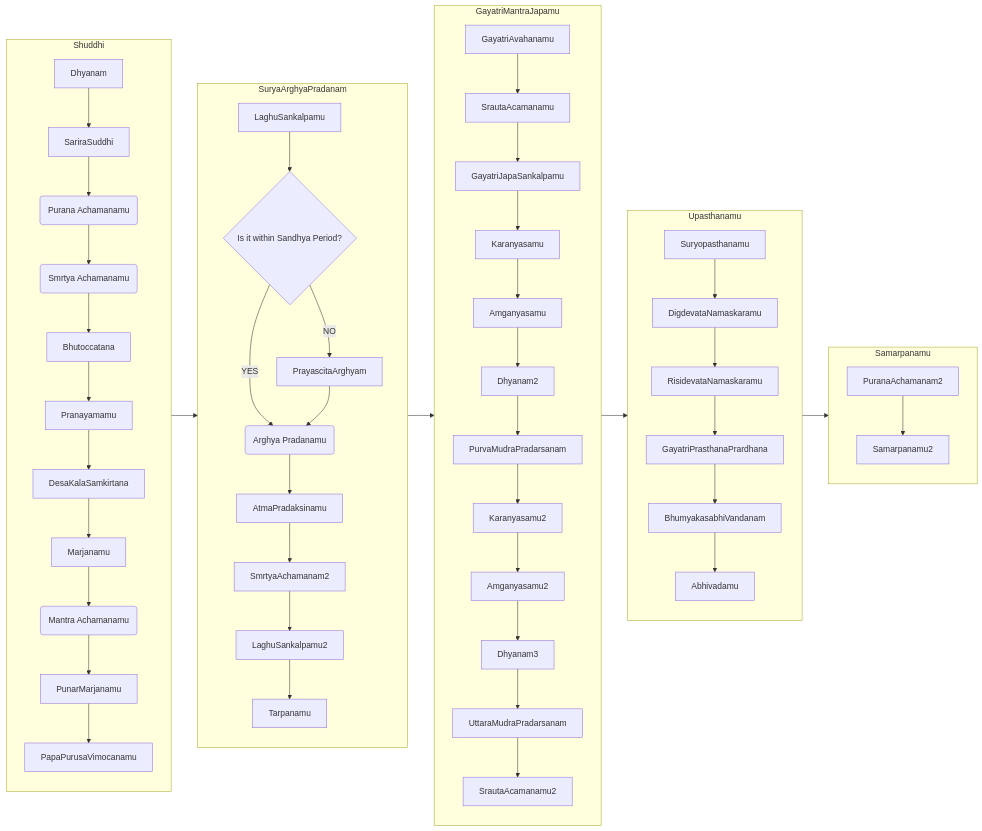
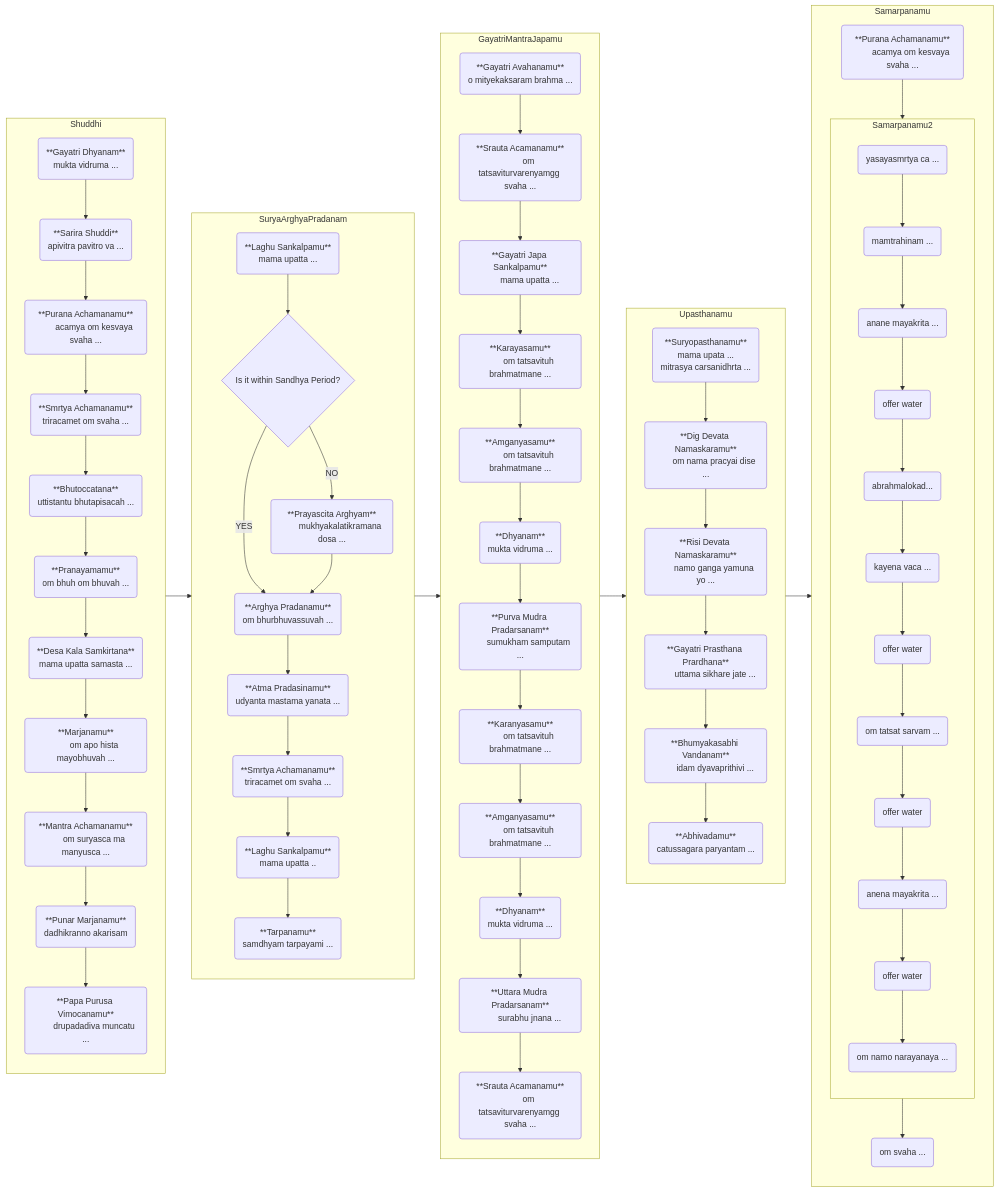
The diagram in pratah_sandhya_process.md (gsiddardha/sandhyavandanam), drawn with Mermaid before and after one commit.

Commit message:
added hints

```diff
--- a/pratah_sandhya_process.md
+++ b/pratah_sandhya_process.md
@@ -5,17 +5,28 @@
     subgraph Shuddhi
         direction TB
 
-        Dhyanam
-        SariraSuddhi
-        PuranaAchamanam(Purana Achamanamu)
-        SmrtyaAchamanam(Smrtya Achamanamu)
-        Bhutoccatana
-        Pranayamamu
-        DesaKalaSamkirtana
-        Marjanamu
-        MamtraAchamanam(Mantra Achamanamu)
-        PunarMarjanamu
-        PapaPurusaVimocanamu
+        Dhyanam(**Gayatri Dhyanam**
+        mukta vidruma ...)
+        SariraSuddhi(**Sarira Shuddi**
+        apivitra pavitro va ...)
+        PuranaAchamanam(**Purana Achamanamu**
+        acamya om kesvaya svaha ...)
+        SmrtyaAchamanam(**Smrtya Achamanamu**
+        triracamet om svaha ...)
+        Bhutoccatana(**Bhutoccatana**
+        uttistantu bhutapisacah ...)
+        Pranayamamu(**Pranayamamu**
+        om bhuh om bhuvah ...)
+        DesaKalaSamkirtana(**Desa Kala Samkirtana**
+        mama upatta samasta ...)
+        Marjanamu(**Marjanamu**
+        om apo hista mayobhuvah ...)
+        MamtraAchamanam(**Mantra Achamanamu**
+        om suryasca ma manyusca ...)
+        PunarMarjanamu(**Punar Marjanamu**
+        dadhikranno akarisam)
+        PapaPurusaVimocanamu(**Papa Purusa Vimocanamu**
+        drupadadiva muncatu ...)
 
         Dhyanam 
             --> SariraSuddhi 
@@ -33,14 +44,21 @@
     subgraph SuryaArghyaPradanam
         direction TB
 
-        LaghuSankalpamu
+        LaghuSankalpamu(**Laghu Sankalpamu**
+        mama upatta ...)
         InCorrectWindow{Is it within Sandhya Period?}
-        PrayascitaArghyam
-        ArghyaPradanam(Arghya Pradanamu)
-        AtmaPradaksinamu
-        SmrtyaAchamanam2
-        LaghuSankalpamu2
-        Tarpanamu
+        PrayascitaArghyam(**Prayascita Arghyam**
+        mukhyakalatikramana dosa ...)
+        ArghyaPradanam(**Arghya Pradanamu**
+        om bhurbhuvassuvah ...)
+        AtmaPradaksinamu(**Atma Pradasinamu**
+        udyanta mastama yanata ...)
+        SmrtyaAchamanam2(**Smrtya Achamanamu**
+        triracamet om svaha ...)
+        LaghuSankalpamu2(**Laghu Sankalpamu**
+        mama upatta ..)
+        Tarpanamu(**Tarpanamu**
+        samdhyam tarpayami ...)
 
         InCorrectWindow --> |YES| ArghyaPradanam
         InCorrectWindow --> |NO| PrayascitaArghyam
@@ -59,18 +77,30 @@
     subgraph GayatriMantraJapamu
         direction TB
 
-        GayatriAvahanamu
-        SrautaAcamanamu
-        GayatriJapaSankalpamu
-        Karanyasamu
-        Amganyasamu
-        Dhyanam2
-        PurvaMudraPradarsanam
-        Karanyasamu2
-        Amganyasamu2
-        Dhyanam3
-        UttaraMudraPradarsanam
-        SrautaAcamanamu2
+        GayatriAvahanamu(**Gayatri Avahanamu**
+        o mityekaksaram brahma ...)
+        SrautaAcamanamu(**Srauta Acamanamu**
+        om tatsaviturvarenyamgg svaha ...)
+        GayatriJapaSankalpamu(**Gayatri Japa Sankalpamu**
+        mama upatta ...)
+        Karanyasamu(**Karayasamu**
+        om tatsavituh brahmatmane ...)
+        Amganyasamu(**Amganyasamu**
+        om tatsavituh brahmatmane ...)
+        Dhyanam2(**Dhyanam**
+        mukta vidruma ...)
+        PurvaMudraPradarsanam(**Purva Mudra Pradarsanam**
+        sumukham samputam ...)
+        Karanyasamu2(**Karanyasamu**
+        om tatsavituh brahmatmane ...)
+        Amganyasamu2(**Amganyasamu**
+        om tatsavituh brahmatmane ...)
+        Dhyanam3(**Dhyanam**
+        mukta vidruma ...)
+        UttaraMudraPradarsanam(**Uttara Mudra Pradarsanam**
+        surabhu jnana ...)
+        SrautaAcamanamu2(**Srauta Acamanamu**
+        om tatsaviturvarenyamgg svaha ...)
 
         GayatriAvahanamu 
             --> SrautaAcamanamu
@@ -89,12 +119,19 @@
     subgraph Upasthanamu
         direction TB
 
-        Suryopasthanamu
-        DigdevataNamaskaramu
-        RisidevataNamaskaramu
-        GayatriPrasthanaPrardhana
-        BhumyakasabhiVandanam
-        Abhivadamu
+        Suryopasthanamu(**Suryopasthanamu**
+        mama upata ...
+        mitrasya carsanidhrta ...)
+        DigdevataNamaskaramu(**Dig Devata Namaskaramu**
+        om nama pracyai dise ...)
+        RisidevataNamaskaramu(**Risi Devata Namaskaramu**
+        namo ganga yamuna yo ...)
+        GayatriPrasthanaPrardhana(**Gayatri Prasthana Prardhana**
+        uttama sikhare jate ...)
+        BhumyakasabhiVandanam(**Bhumyakasabhi Vandanam**
+        idam dyavaprithivi ...)
+        Abhivadamu(**Abhivadamu**
+        catussagara paryantam ...)
 
         Suryopasthanamu
             --> DigdevataNamaskaramu
@@ -107,11 +144,37 @@
     subgraph Samarpanamu
         direction TB
 
-        PuranaAchamanam2
-        Samarpanamu2
+        PuranaAchamanam2(**Purana Achamanamu**
+        acamya om kesvaya svaha ...)
+
+        subgraph Samarpanamu2
+            direction TB
+
+            A(yasayasmrtya ca ...)
+            B(mamtrahinam ...)
+            C(anane mayakrita ...)
+            D(abrahmalokad...)
+            E(kayena vaca ...)
+            F(om tatsat sarvam ...)
+            G(anena mayakrita ...)
+            H(om namo narayanaya ...)
+            A 
+                --> B
+                --> C
+                --> O1(offer water)
+                --> D
+                --> E
+                --> O2(offer water)
+                --> F
+                --> O3(offer water)
+                --> G
+                --> O4(offer water)
+                --> H
+        end
 
         PuranaAchamanam2
             --> Samarpanamu2
+            --> Svaha(om svaha ...)
     end
 
     %% 
```
